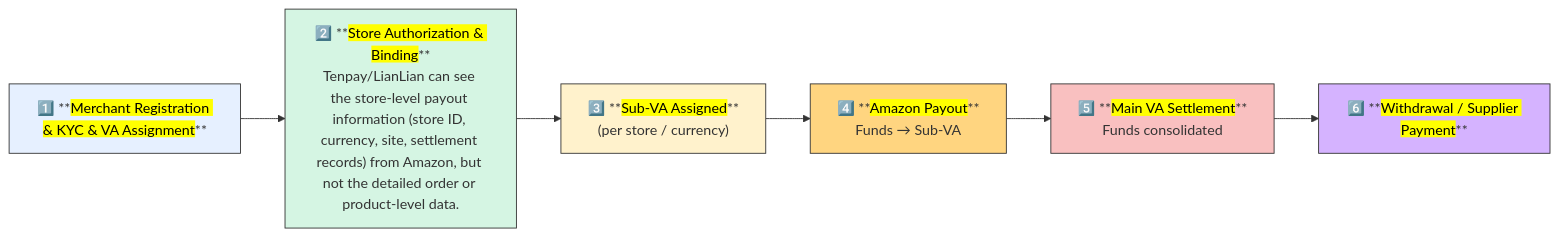
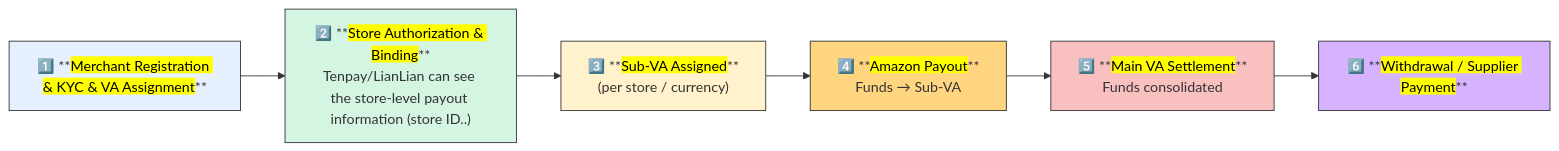
The second of 3 diagrams in DW-Built-Amazon.md (blaire101/data-warehouse-solutions), drawn with Mermaid before and after one commit.

````diff
--- a/DW-Built-Amazon.md
+++ b/DW-Built-Amazon.md
@@ -76,18 +76,18 @@
 ```mermaid
 flowchart LR
     A["1️⃣ **<mark>Merchant Registration & KYC & VA Assignment</mark>**"]:::step1
-    B["2️⃣ **<mark>Store Authorization & Binding</mark>**<br>Tenpay/LianLian can see the store-level payout information (store ID, currency, site, settlement records) from Amazon, but not the detailed order or product-level data."]:::step2
+    B["2️⃣ **<mark>Store Authorization & Binding</mark>**<br>Tenpay/LianLian can see the store-level payout information (store ID..) "]:::step2
     C["3️⃣ **<mark>Sub-VA Assigned</mark>**<br>(per store / currency)"]:::step3
     D["4️⃣ **<mark>Amazon Payout</mark>**<br>Funds → Sub-VA"]:::step4
     E["5️⃣ **<mark>Main VA Settlement</mark>**<br>Funds consolidated"]:::step5
     F["6️⃣ **<mark>Withdrawal / Supplier Payment</mark>**"]:::step6
 
     A --> B --> C --> D --> E --> F
 
     classDef step1 fill:#e6f0ff,stroke:#333;
     classDef step2 fill:#d5f5e3,stroke:#333;
     classDef step3 fill:#fff2cc,stroke:#333;
     classDef step4 fill:#ffd580,stroke:#333;
     classDef step5 fill:#f9c0c0,stroke:#333;
     classDef step6 fill:#d5b3ff,stroke:#333;
 ```
````
